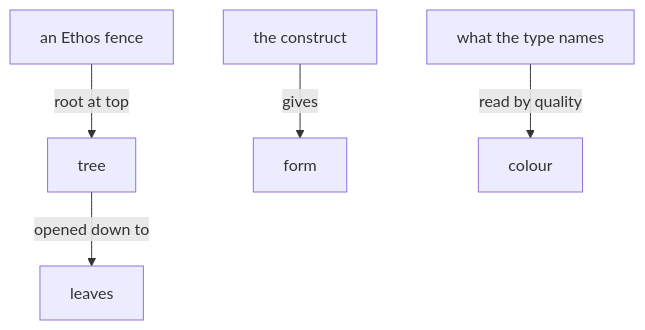
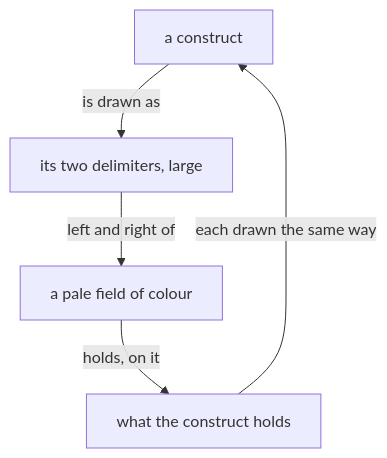
The diagram in notion/ethos-picture/0.md (LiGoldragon/mind-belief), drawn with Mermaid before and after one commit. The commit also changed other lines of this file and 4 other files, not shown here.

First line of the commit message:
Notions of the Ethos picture, the Protos picture, the chart and the described object; the visualizer depends on them

````diff
--- a/notion/ethos-picture/0.md
+++ b/notion/ethos-picture/0.md
@@ -8,7 +28,7 @@
 ```mermaid
 flowchart TB
-    f["an Ethos fence"] -- "root at top" --> r["tree"]
-    r -- "opened down to" --> l["leaves"]
-    c["the construct"] -- "gives" --> s["form"]
-    n["what the type names"] -- "read by quality" --> k["colour"]
+    c["a construct"] -- "is drawn as" --> d["its two delimiters, large"]
+    d -- "left and right of" --> f["a pale field of colour"]
+    f -- "holds, on it" --> i["what the construct holds"]
+    i -- "each drawn the same way" --> c
 ```
````
